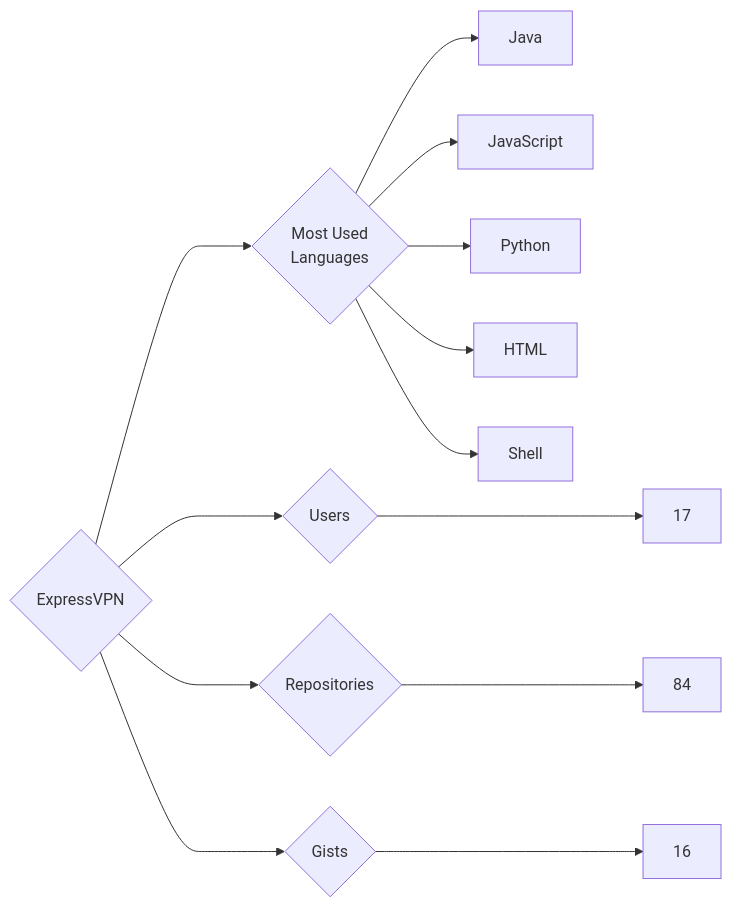
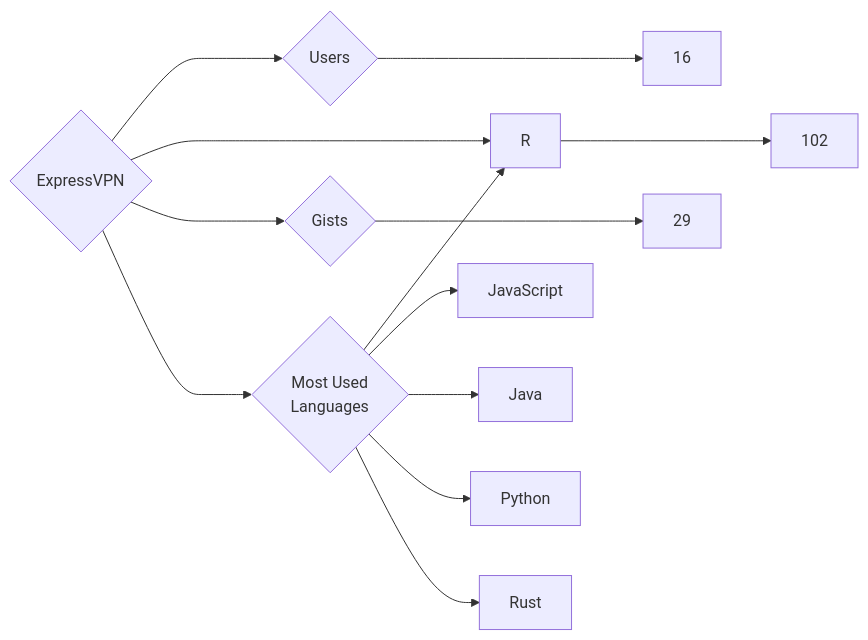
Before and after one commit to trickest/insiders: the diagram in targets/ExpressVPN/README.md, drawn with Mermaid. The commit also changed 814 other files, not shown here.

````diff
--- a/targets/ExpressVPN/README.md
+++ b/targets/ExpressVPN/README.md
@@ -3,13 +3,13 @@
 ```mermaid
 graph LR
 COMPANY_NAME{ExpressVPN}
-COMPANY_NAME ---> U{Users} ---> UN[17]
-COMPANY_NAME ---> R{Repositories} ---> RN[84]
-COMPANY_NAME ---> G{Gists} ---> GN[16]
+COMPANY_NAME ---> U{Users} ---> UN[16]
+COMPANY_NAME ---> R{Repositories} ---> RN[102]
+COMPANY_NAME ---> G{Gists} ---> GN[29]
 COMPANY_NAME ---> ML{Most Used<br>Languages}
+ML --> R[R]
+ML --> JavaScript[JavaScript]
 ML --> Java[Java]
-ML --> JavaScript[JavaScript]
 ML --> Python[Python]
-ML --> HTML[HTML]
-ML --> Shell[Shell]
+ML --> Rust[Rust]
 ```
````
